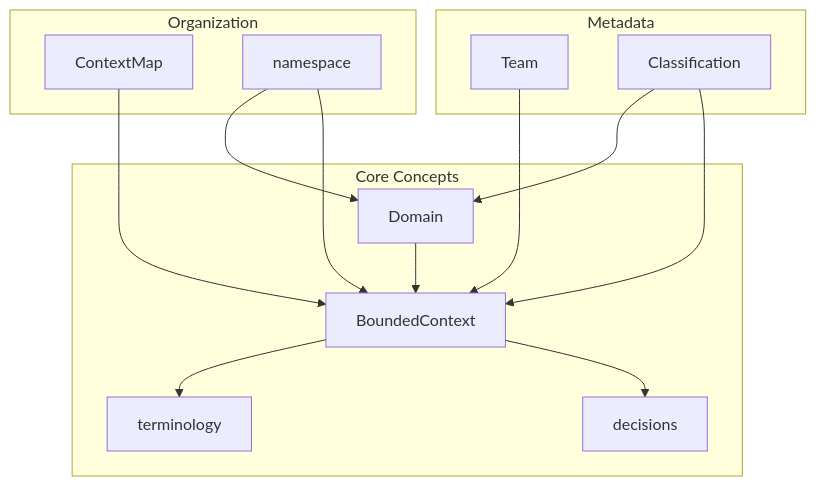
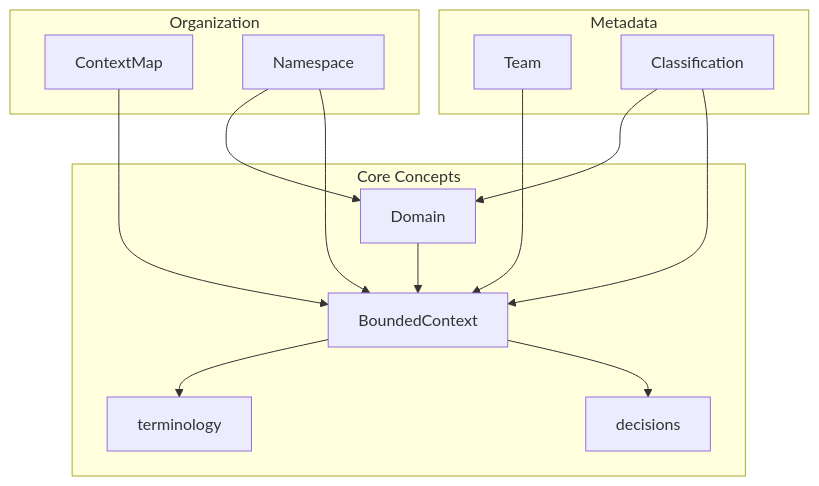
The diagram in dsl/domain-lang/docs/quick-reference.md (larsbaunwall/DomainLang), drawn with Mermaid before and after one commit. The commit also changed other lines of this file and 27 other files, not shown here.

````diff
--- a/dsl/domain-lang/docs/quick-reference.md
+++ b/dsl/domain-lang/docs/quick-reference.md
@@ -11,18 +11,18 @@
 ```mermaid
 graph TB
     subgraph Core Concepts
         D[Domain] --> BC[BoundedContext]
         BC --> T[terminology]
         BC --> Dec[decisions]
     end
     subgraph Organization
         CM[ContextMap] --> BC
-        NS[namespace] --> D
+        NS[Namespace] --> D
         NS --> BC
     end
     subgraph Metadata
         Team --> BC
         Classification --> D
         Classification --> BC
     end
 ```
````
